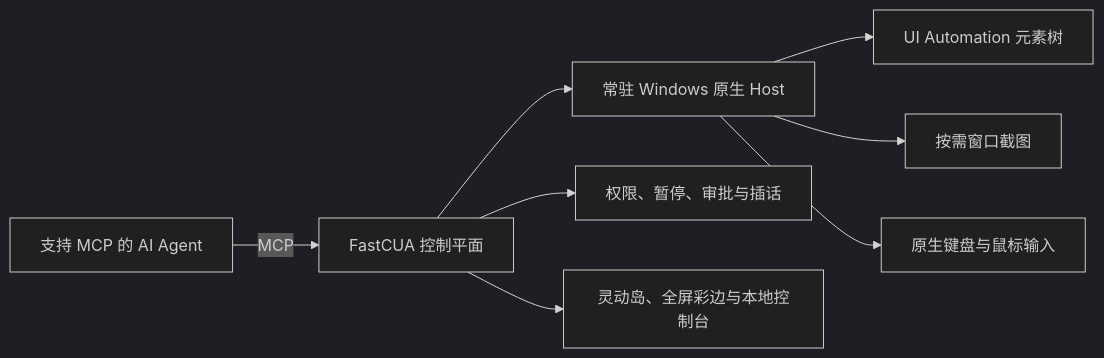
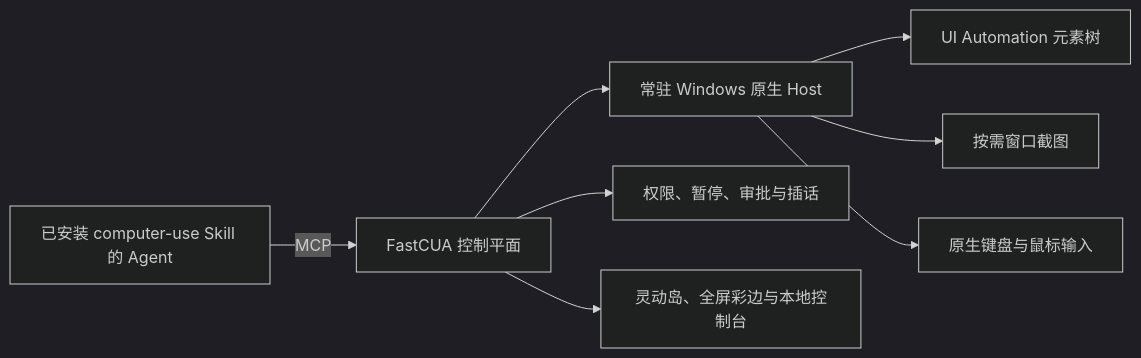
Before and after one commit to Guojiz/FastCUA: the diagram in README_zh.md, drawn with Mermaid (dark theme). The commit also changed other lines of this file, not shown here.

Commit message:
Make Skill and MCP installation mandatory in Chinese docs

````diff
--- a/README_zh.md
+++ b/README_zh.md
@@ -111,10 +119,10 @@
 ```mermaid
 flowchart LR
-  A["支持 MCP 的 AI Agent"] -->|"MCP"| B["FastCUA 控制平面"]
+  A["已安装 computer-use Skill 的 Agent"] -->|"MCP"| B["FastCUA 控制平面"]
   B --> C["常驻 Windows 原生 Host"]
   C --> D["UI Automation 元素树"]
   C --> E["按需窗口截图"]
   C --> F["原生键盘与鼠标输入"]
   B --> G["权限、暂停、审批与插话"]
   B --> H["灵动岛、全屏彩边与本地控制台"]
 ```
````
